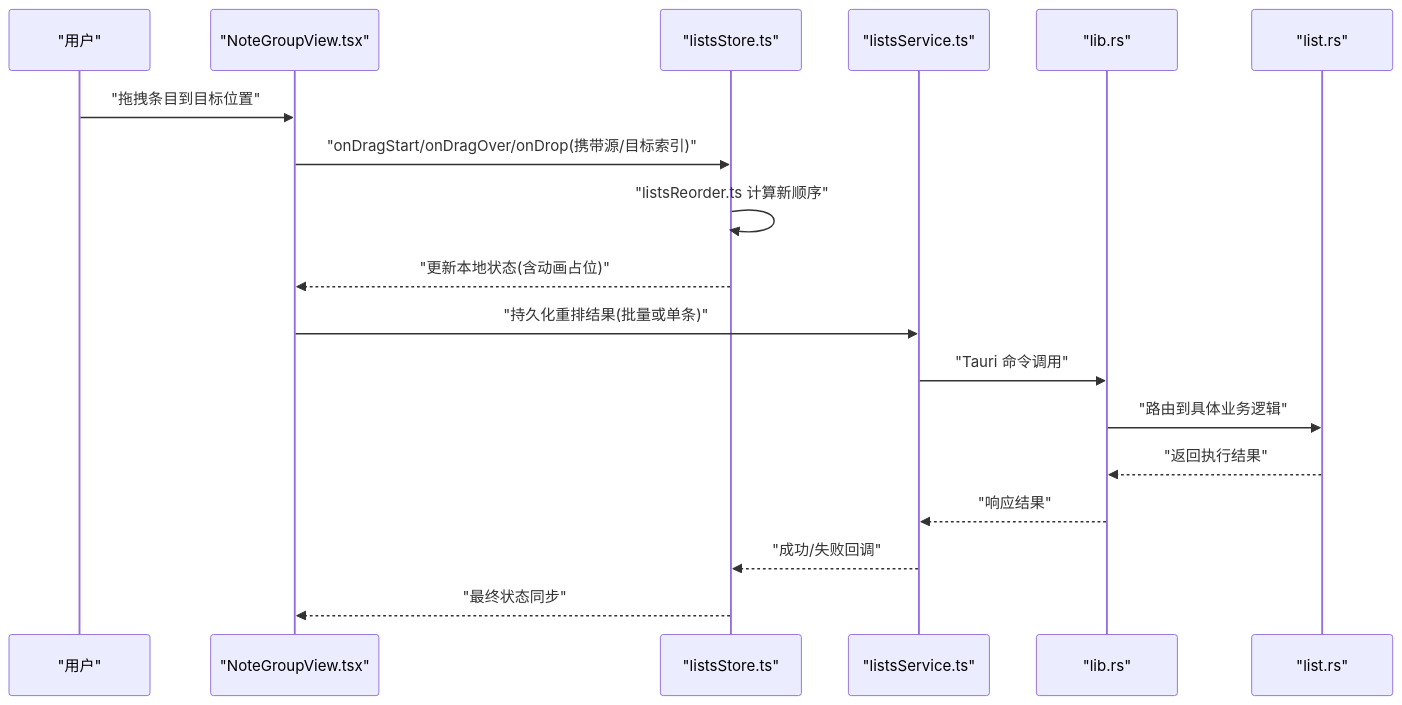
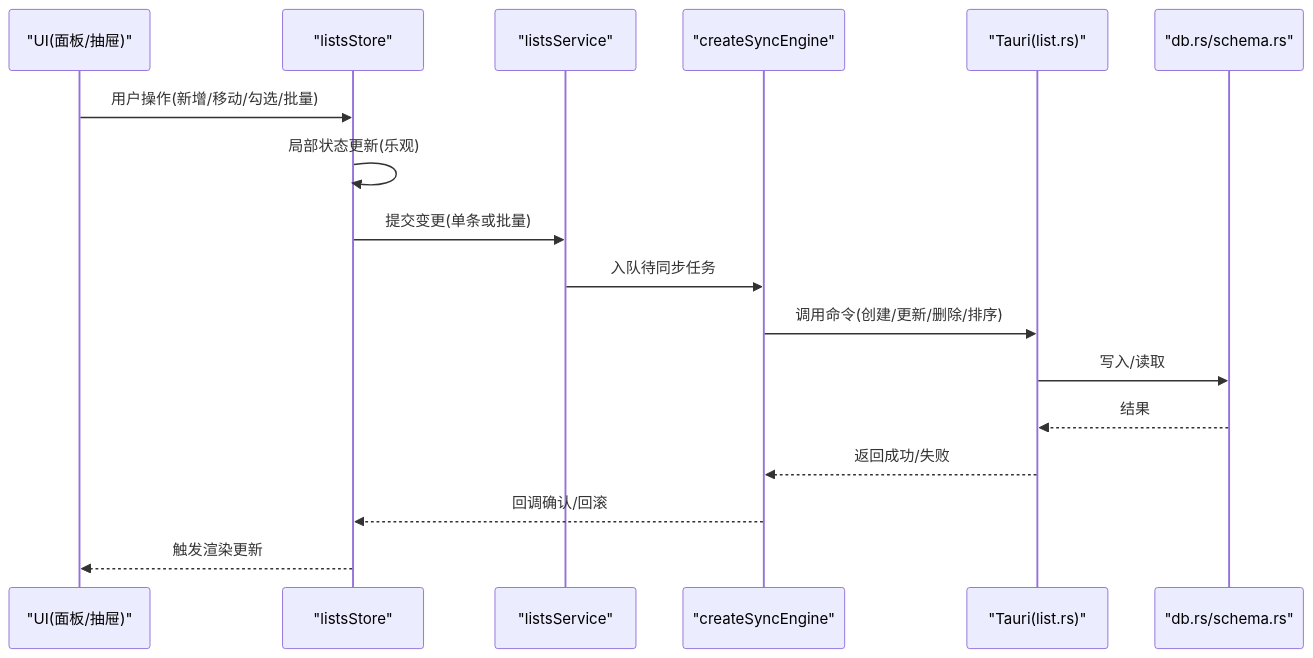
The second of 4 diagrams in .qoder/repowiki/zh/content/核心功能模块/清单管理系统.md (gzdxhujiale/FishWorker), drawn with Mermaid before and after one commit. The commit also changed other lines of this file and 238 other files, not shown here.

````diff
--- a/.qoder/repowiki/zh/content/核心功能模块/清单管理系统.md
+++ b/.qoder/repowiki/zh/content/核心功能模块/清单管理系统.md
@@ -157,20 +111,19 @@
 ```mermaid
 sequenceDiagram
-participant U as "用户"
-participant V as "NoteGroupView.tsx"
-participant S as "listsStore.ts"
-participant C as "listsService.ts"
-participant L as "lib.rs"
-participant R as "list.rs"
-U->>V : "拖拽条目到目标位置"
-V->>S : "onDragStart/onDragOver/onDrop(携带源/目标索引)"
-S->>S : "listsReorder.ts 计算新顺序"
-S-->>V : "更新本地状态(含动画占位)"
-V->>C : "持久化重排结果(批量或单条)"
-C->>L : "Tauri 命令调用"
-L->>R : "路由到具体业务逻辑"
-R-->>L : "返回执行结果"
-L-->>C : "响应结果"
-C-->>S : "成功/失败回调"
-S-->>V : "最终状态同步"
+participant UI as "UI(面板/抽屉)"
+participant Store as "listsStore"
+participant Service as "listsService"
+participant Sync as "createSyncEngine"
+participant Backend as "Tauri(list.rs)"
+participant DB as "db.rs/schema.rs"
+UI->>Store : 用户操作(新增/移动/勾选/批量)
+Store->>Store : 局部状态更新(乐观)
+Store->>Service : 提交变更(单条或批量)
+Service->>Sync : 入队待同步任务
+Sync->>Backend : 调用命令(创建/更新/删除/排序)
+Backend->>DB : 写入/读取
+DB-->>Backend : 结果
+Backend-->>Sync : 返回成功/失败
+Sync-->>Store : 回调确认/回滚
+Store-->>UI : 触发渲染更新
 ```
````
